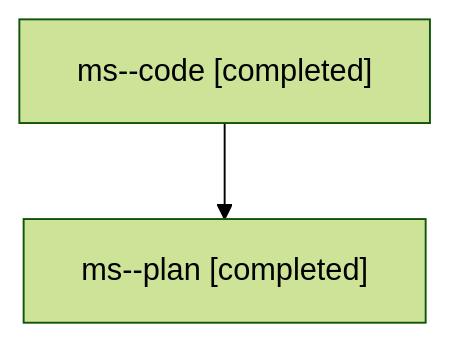
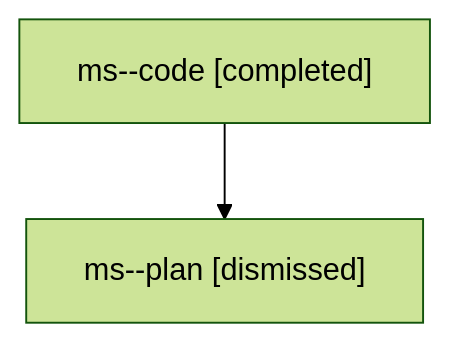
The diagram in families/bbugyi200.athena.ms.md (sase-org/sase--agents), drawn with Mermaid (forest theme) before and after one commit. The commit also changed other lines of this file and 1002 other files, not shown here.

````diff
--- a/families/bbugyi200.athena.ms.md
+++ b/families/bbugyi200.athena.ms.md
@@ -9,6 +9,6 @@
 ```mermaid
 flowchart TD
   n0["ms--code [completed]"]
-  n1["ms--plan [completed]"]
+  n1["ms--plan [dismissed]"]
   n0 --> n1
 ```
````
